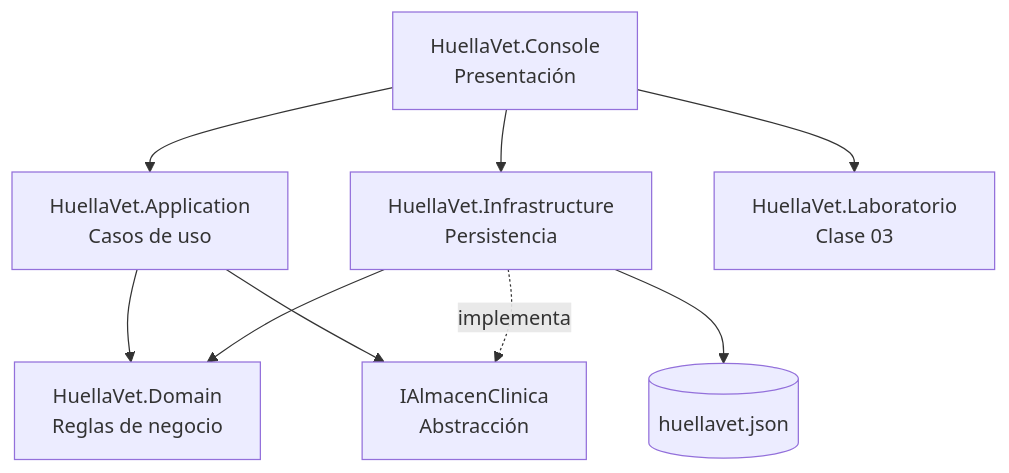
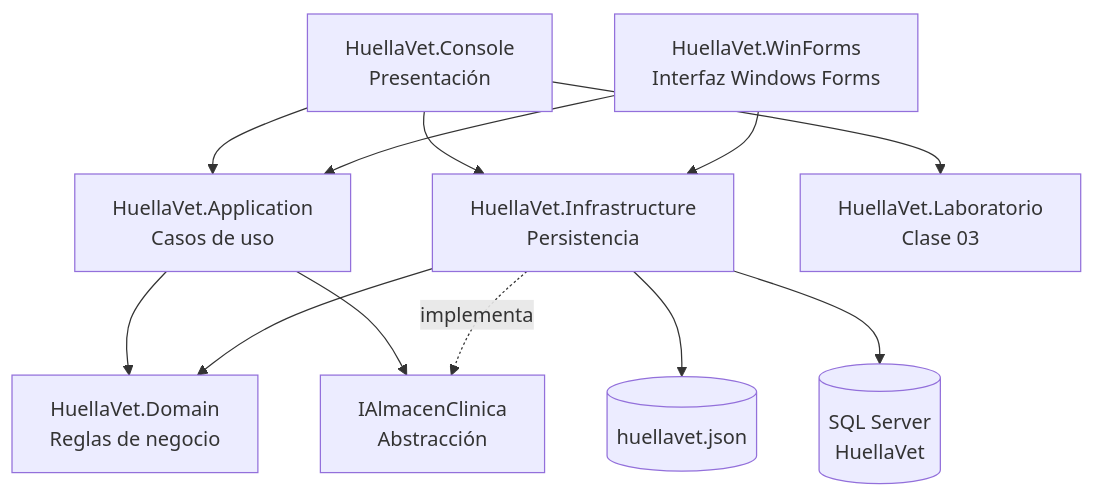
Before and after one commit to yeskelsandoval13-byte/huellavet-poo: the diagram in docs/ARQUITECTURA.md, drawn with Mermaid. The commit also changed other lines of this file and 13 other files, not shown here.

Commit message:
feat(winforms): agregar interfaz Windows Forms conectada a SQL Server

````diff
--- a/docs/ARQUITECTURA.md
+++ b/docs/ARQUITECTURA.md
@@ -7,11 +7,14 @@
 ```mermaid
 flowchart TD
-    UI["HuellaVet.Console<br/>Presentación"] --> APP["HuellaVet.Application<br/>Casos de uso"]
-    UI --> INFRA["HuellaVet.Infrastructure<br/>Persistencia"]
+    CON["HuellaVet.Console<br/>Presentación"] --> APP["HuellaVet.Application<br/>Casos de uso"]
+    CON --> INFRA["HuellaVet.Infrastructure<br/>Persistencia"]
+    WIN["HuellaVet.WinForms<br/>Interfaz Windows Forms"] --> APP
+    WIN --> INFRA
     APP --> DOM["HuellaVet.Domain<br/>Reglas de negocio"]
     APP --> ABS["IAlmacenClinica<br/>Abstracción"]
     INFRA -. implementa .-> ABS
     INFRA --> DOM
-    UI --> LAB["HuellaVet.Laboratorio<br/>Clase 03"]
+    CON --> LAB["HuellaVet.Laboratorio<br/>Clase 03"]
     INFRA --> JSON[("huellavet.json")]
+    INFRA --> SQL[("SQL Server<br/>HuellaVet")]
 ```
````
